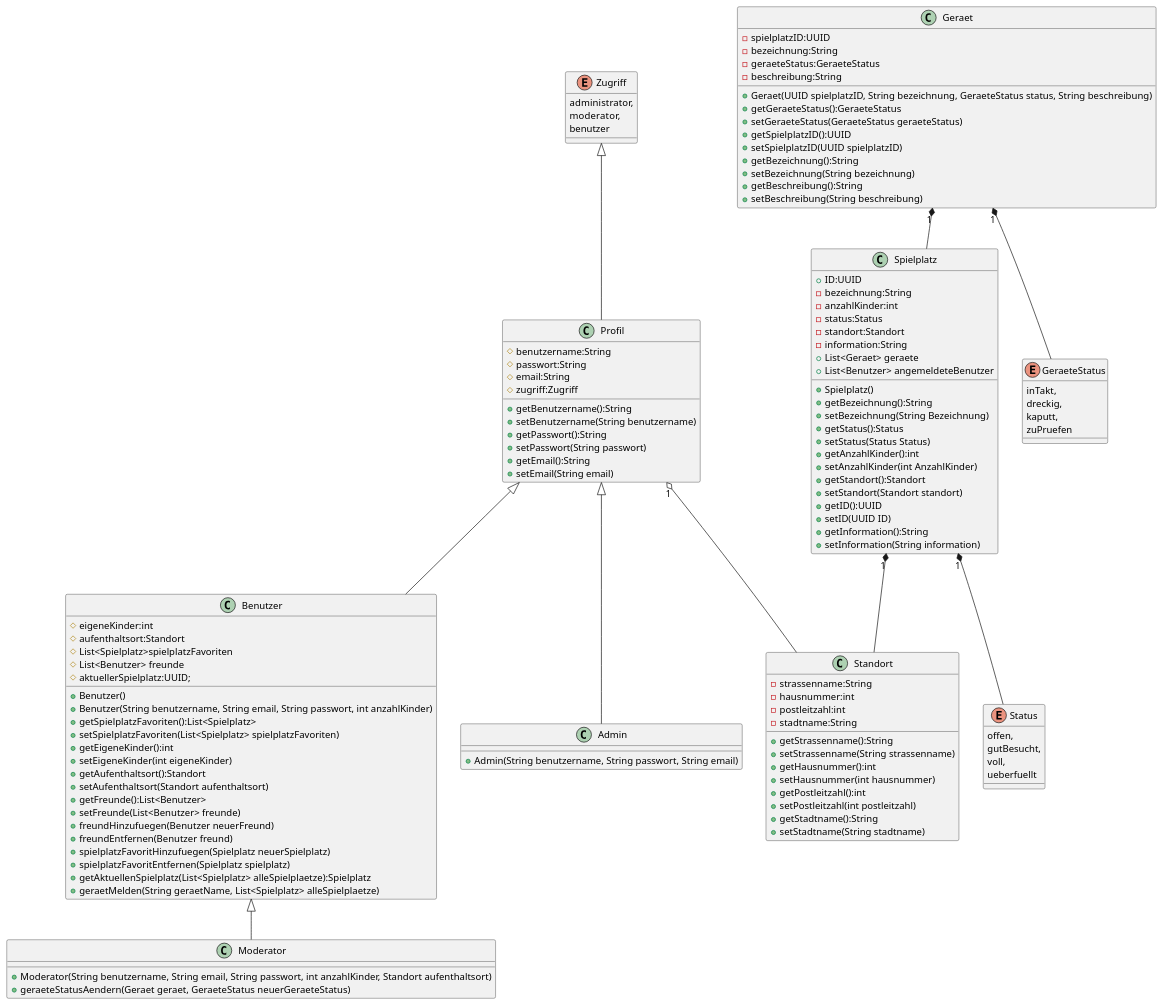
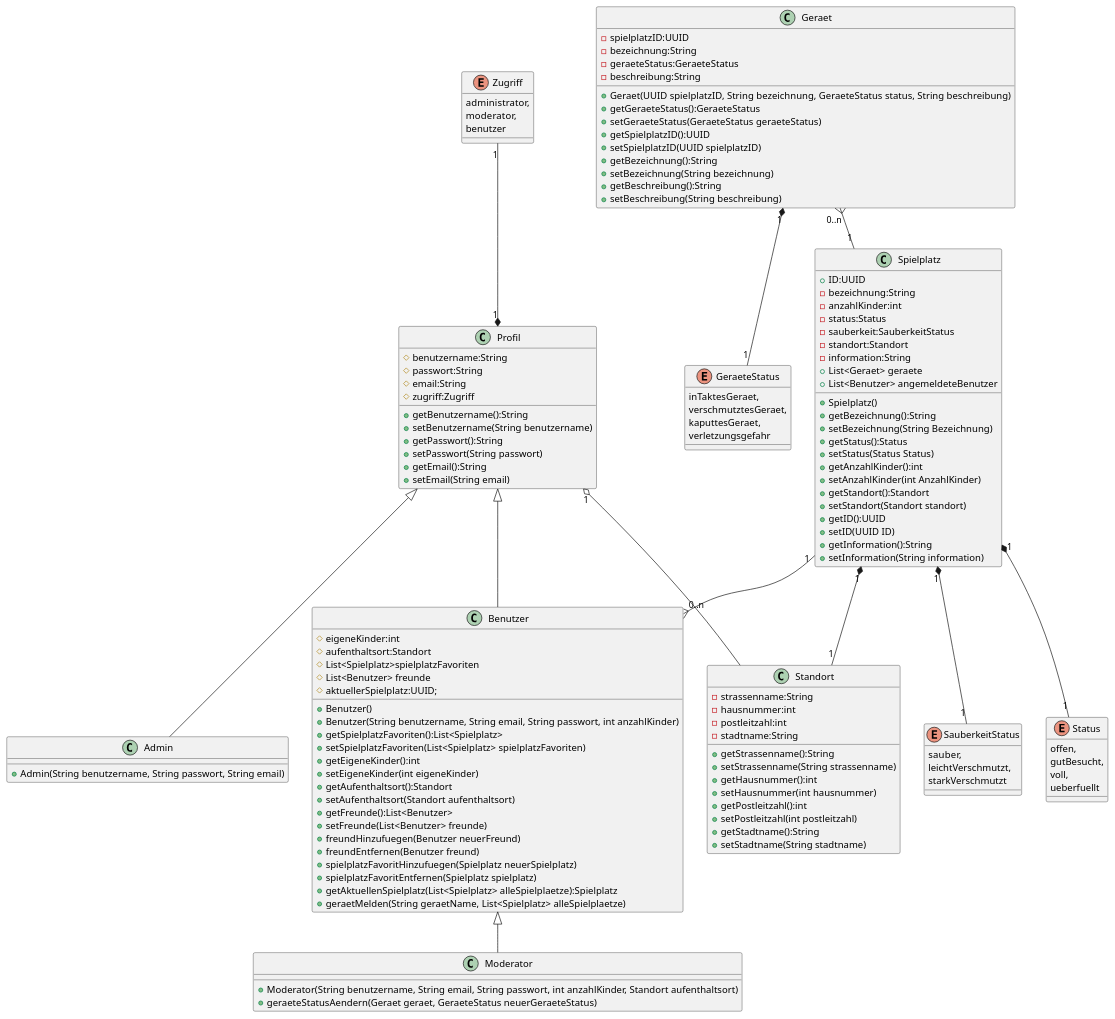
One commit to fh-erfurt/Project-Playground changed the diagram in Diagramm.iuml. Above: the diagram before and after it, drawn with PlantUML. The commit also changed 8 other files, not shown here.

```diff
--- a/Diagramm.iuml
+++ b/Diagramm.iuml
@@ -1,134 +1,144 @@
 @startuml
+skinparam shadowing false
+
 class Spielplatz {
   +ID:UUID
   -bezeichnung:String
   -anzahlKinder:int
   -status:Status
+  -sauberkeit:SauberkeitStatus
   -standort:Standort
   -information:String
   +List<Geraet> geraete
   +List<Benutzer> angemeldeteBenutzer
 
   +Spielplatz()
   +getBezeichnung():String
   +setBezeichnung(String Bezeichnung)
   +getStatus():Status
   +setStatus(Status Status)
   +getAnzahlKinder():int
   +setAnzahlKinder(int AnzahlKinder)
   +getStandort():Standort
   +setStandort(Standort standort)
   +getID():UUID
   +setID(UUID ID)
   +getInformation():String
   +setInformation(String information)
 }
 
 class Standort{
  -strassenname:String
  -hausnummer:int
  -postleitzahl:int
  -stadtname:String
 
  +getStrassenname():String
  +setStrassenname(String strassenname)
  +getHausnummer():int
  +setHausnummer(int hausnummer)
  +getPostleitzahl():int
  +setPostleitzahl(int postleitzahl)
  +getStadtname():String
  +setStadtname(String stadtname)
 }
 
 class Geraet{
 -spielplatzID:UUID
 -bezeichnung:String
 -geraeteStatus:GeraeteStatus
 -beschreibung:String
 
 +Geraet(UUID spielplatzID, String bezeichnung, GeraeteStatus status, String beschreibung)
 +getGeraeteStatus():GeraeteStatus
 +setGeraeteStatus(GeraeteStatus geraeteStatus)
 +getSpielplatzID():UUID
 +setSpielplatzID(UUID spielplatzID)
 +getBezeichnung():String
 +setBezeichnung(String bezeichnung)
 +getBeschreibung():String
 +setBeschreibung(String beschreibung)
 }
 enum GeraeteStatus{
- inTakt,
- dreckig,
- kaputt,
- zuPruefen
+    inTaktesGeraet,
+    verschmutztesGeraet,
+    kaputtesGeraet,
+    verletzungsgefahr
 }
 enum Status{
  offen,
  gutBesucht,
  voll,
  ueberfuellt
+}
+enum SauberkeitStatus{
+    sauber,
+    leichtVerschmutzt,
+    starkVerschmutzt
 }
 enum Zugriff{
  administrator,
  moderator,
  benutzer
 }
 
 class Profil{
 #benutzername:String
 #passwort:String
 #email:String
 #zugriff:Zugriff
 
 +getBenutzername():String
 +setBenutzername(String benutzername)
 +getPasswort():String
 +setPasswort(String passwort)
 +getEmail():String
 +setEmail(String email)
 }
 
 class Benutzer{
 #eigeneKinder:int
 #aufenthaltsort:Standort
 #List<Spielplatz>spielplatzFavoriten
 #List<Benutzer> freunde
 #aktuellerSpielplatz:UUID;
 
 +Benutzer()
 +Benutzer(String benutzername, String email, String passwort, int anzahlKinder)
 +getSpielplatzFavoriten():List<Spielplatz>
 +setSpielplatzFavoriten(List<Spielplatz> spielplatzFavoriten)
 +getEigeneKinder():int
 +setEigeneKinder(int eigeneKinder)
 +getAufenthaltsort():Standort
 +setAufenthaltsort(Standort aufenthaltsort)
 +getFreunde():List<Benutzer>
 +setFreunde(List<Benutzer> freunde)
 +freundHinzufuegen(Benutzer neuerFreund)
 +freundEntfernen(Benutzer freund)
 +spielplatzFavoritHinzufuegen(Spielplatz neuerSpielplatz)
 +spielplatzFavoritEntfernen(Spielplatz spielplatz)
 +getAktuellenSpielplatz(List<Spielplatz> alleSpielplaetze):Spielplatz
 +geraetMelden(String geraetName, List<Spielplatz> alleSpielplaetze)
 }
 
 class Admin{
 +Admin(String benutzername, String passwort, String email)
 }
 
 class Moderator{
 +Moderator(String benutzername, String email, String passwort, int anzahlKinder, Standort aufenthaltsort)
 +geraeteStatusAendern(Geraet geraet, GeraeteStatus neuerGeraeteStatus)
 }
 
 Profil <|--Benutzer
 Profil <|--Admin
 Benutzer <|--Moderator
-Spielplatz "1" *-- Standort
-Spielplatz "1" *-- Status
+Spielplatz "1" *-- "1" Standort
+Spielplatz "1" *-- "1" Status
+Spielplatz "1" *-- "1" SauberkeitStatus
+Spielplatz "1" --{ "0..n" Benutzer
 Profil "1" o-- Standort
-Zugriff <|-- Profil
-Geraet "1" *-- Spielplatz
-Geraet "1" *-- GeraeteStatus
+Zugriff "1" --* "1" Profil
+Geraet "0..n" }-- "1" Spielplatz
+Geraet "1" *-- "1" GeraeteStatus
 @enduml
```
